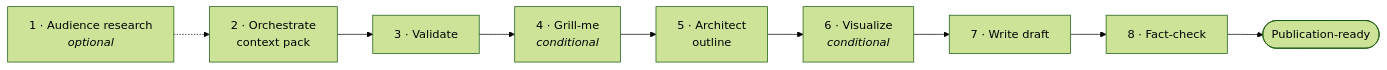
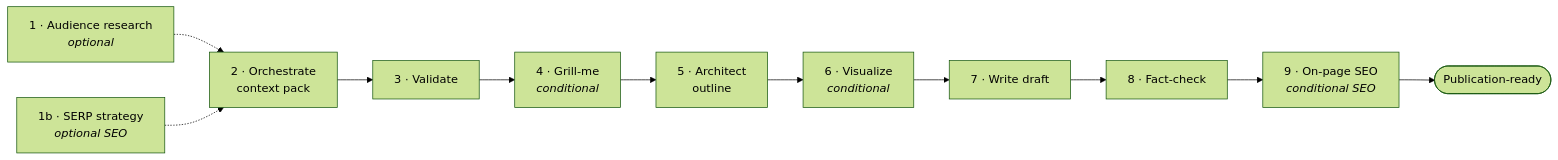
Before and after one commit to lizopower/Blog-Writing-Skill: the diagram in README.md, drawn with Mermaid (forest theme). The commit also changed other lines of this file and 16 other files, not shown here.

````diff
--- a/README.md
+++ b/README.md
@@ -48,11 +48,13 @@
 ```mermaid
 flowchart LR
     A[1 · Audience research<br/><i>optional</i>] -.-> B
+    S[1b · SERP strategy<br/><i>optional SEO</i>] -.-> B
     B[2 · Orchestrate<br/>context pack] --> C[3 · Validate]
     C --> D[4 · Grill-me<br/><i>conditional</i>]
     D --> E[5 · Architect<br/>outline]
     E --> F[6 · Visualize<br/><i>conditional</i>]
     F --> G[7 · Write draft]
     G --> H[8 · Fact-check]
-    H --> Z([Publication-ready])
+    H --> I[9 · On-page SEO<br/><i>conditional SEO</i>]
+    I --> Z([Publication-ready])
 ```
````
